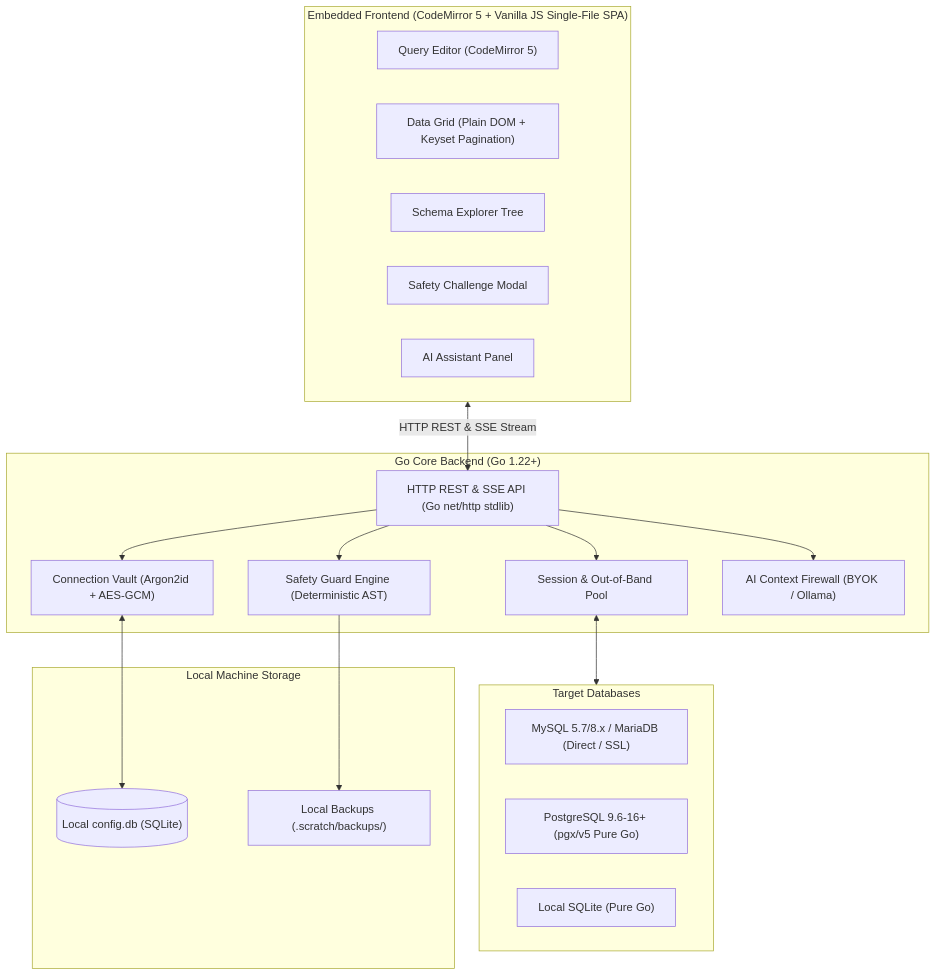
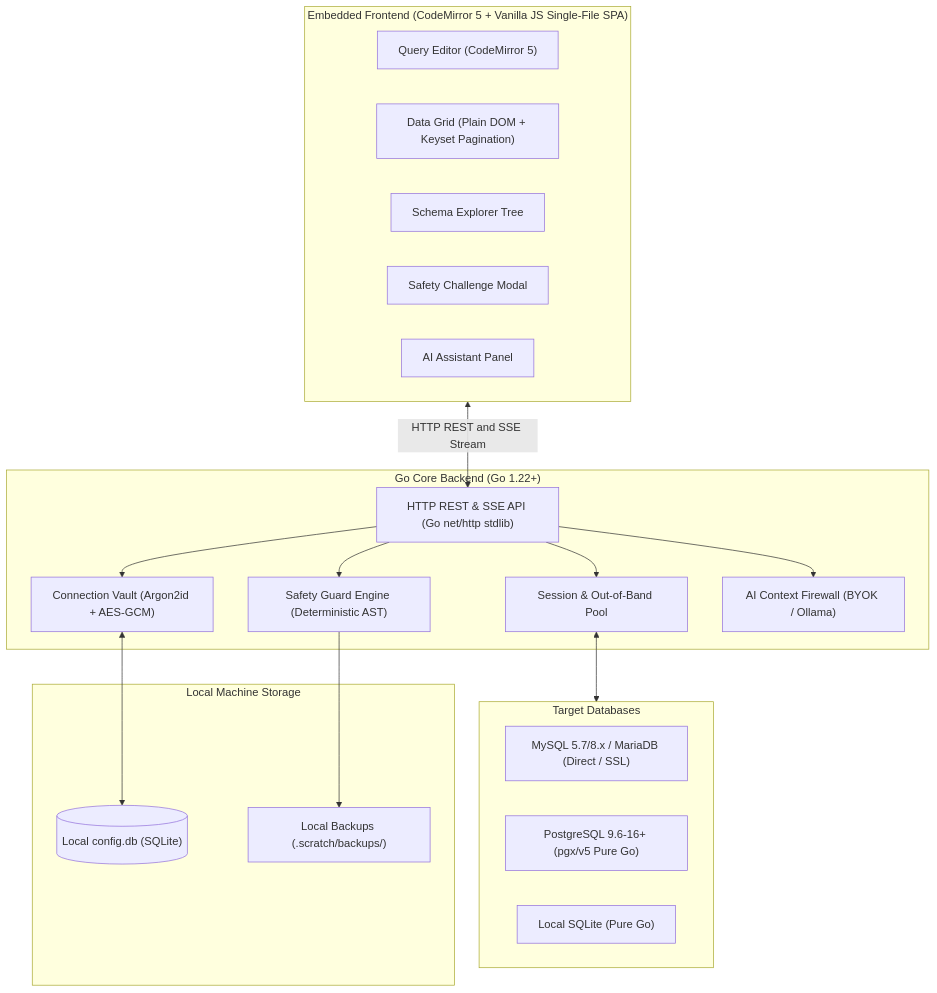
The first of 23 diagrams in ARCHITECTURE.md (herliansyah/sqlfox), drawn with Mermaid before and after one commit. The commit also changed other lines of this file and 9 other files, not shown here.

First line of the commit message:
docs: synchronize architecture, milestones, and security specs for v0.16.1 (#137)

````diff
--- a/ARCHITECTURE.md
+++ b/ARCHITECTURE.md
@@ -9,38 +9,38 @@
 ```mermaid
 flowchart TD
     subgraph UI ["Embedded Frontend (CodeMirror 5 + Vanilla JS Single-File SPA)"]
         UI_Editor["Query Editor (CodeMirror 5)"]
         UI_Grid["Data Grid (Plain DOM + Keyset Pagination)"]
         UI_Tree["Schema Explorer Tree"]
         UI_Guard["Safety Challenge Modal"]
         UI_AI["AI Assistant Panel"]
     end
 
     subgraph GoCore ["Go Core Backend (Go 1.22+)"]
         API["HTTP REST & SSE API (Go net/http stdlib)"]
         Vault["Connection Vault (Argon2id + AES-GCM)"]
         Safety["Safety Guard Engine (Deterministic AST)"]
         SessionMgr["Session & Out-of-Band Pool"]
         AIProxy["AI Context Firewall (BYOK / Ollama)"]
     end
 
     subgraph TargetDB ["Target Databases"]
         MySQL["MySQL 5.7/8.x / MariaDB (Direct / SSL)"]
         Postgres["PostgreSQL 9.6-16+ (pgx/v5 Pure Go)"]
         SQLite["Local SQLite (Pure Go)"]
     end
 
     subgraph Storage ["Local Machine Storage"]
         ConfigDB[("Local config.db (SQLite)")]
         DumpDir["Local Backups (.scratch/backups/)"]
     end
 
-    UI <-->|HTTP REST & SSE Stream| API
+    UI <-->|HTTP REST and SSE Stream| API
     API --> Vault
     API --> Safety
     API --> SessionMgr
     API --> AIProxy
     Vault <--> ConfigDB
     Safety --> DumpDir
     SessionMgr <--> TargetDB
 ```
````
